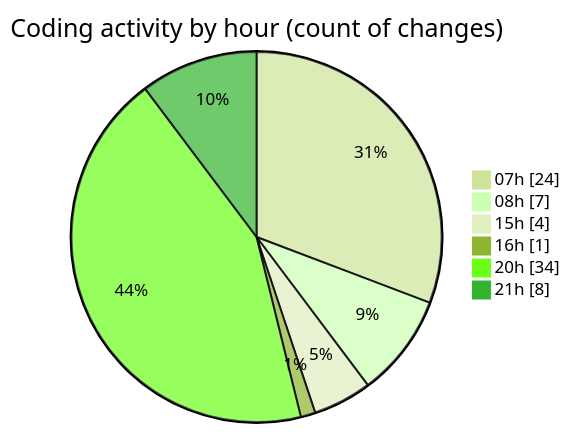
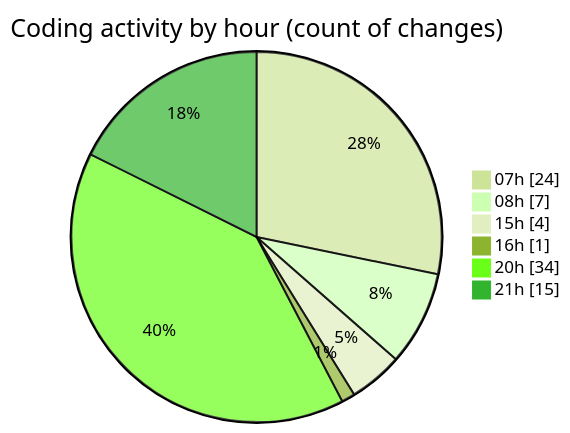
One commit to robertbonfada/code-tracking changed the second of 2 diagrams in 2025-03-10/mbc-web/README.md. Above: the diagram before and after it, drawn with Mermaid (forest theme). The commit also changed other lines of this file and 1 other file, not shown here.

````diff
--- a/2025-03-10/mbc-web/README.md
+++ b/2025-03-10/mbc-web/README.md
@@ -54,10 +54,10 @@
 ```mermaid
 pie showData
 title Coding activity by hour (count of changes)
 "07h" : 24
 "08h" : 7
 "15h" : 4
 "16h" : 1
 "20h" : 34
-"21h" : 8
+"21h" : 15
 ```
````
